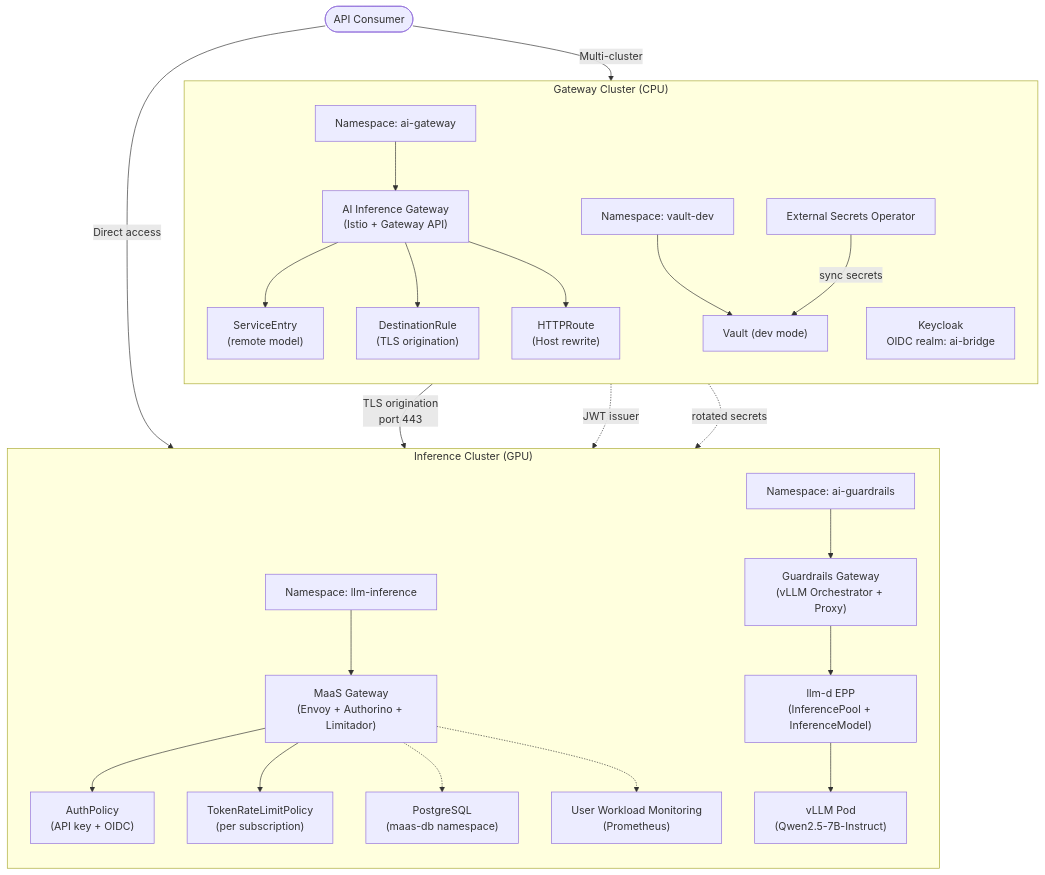
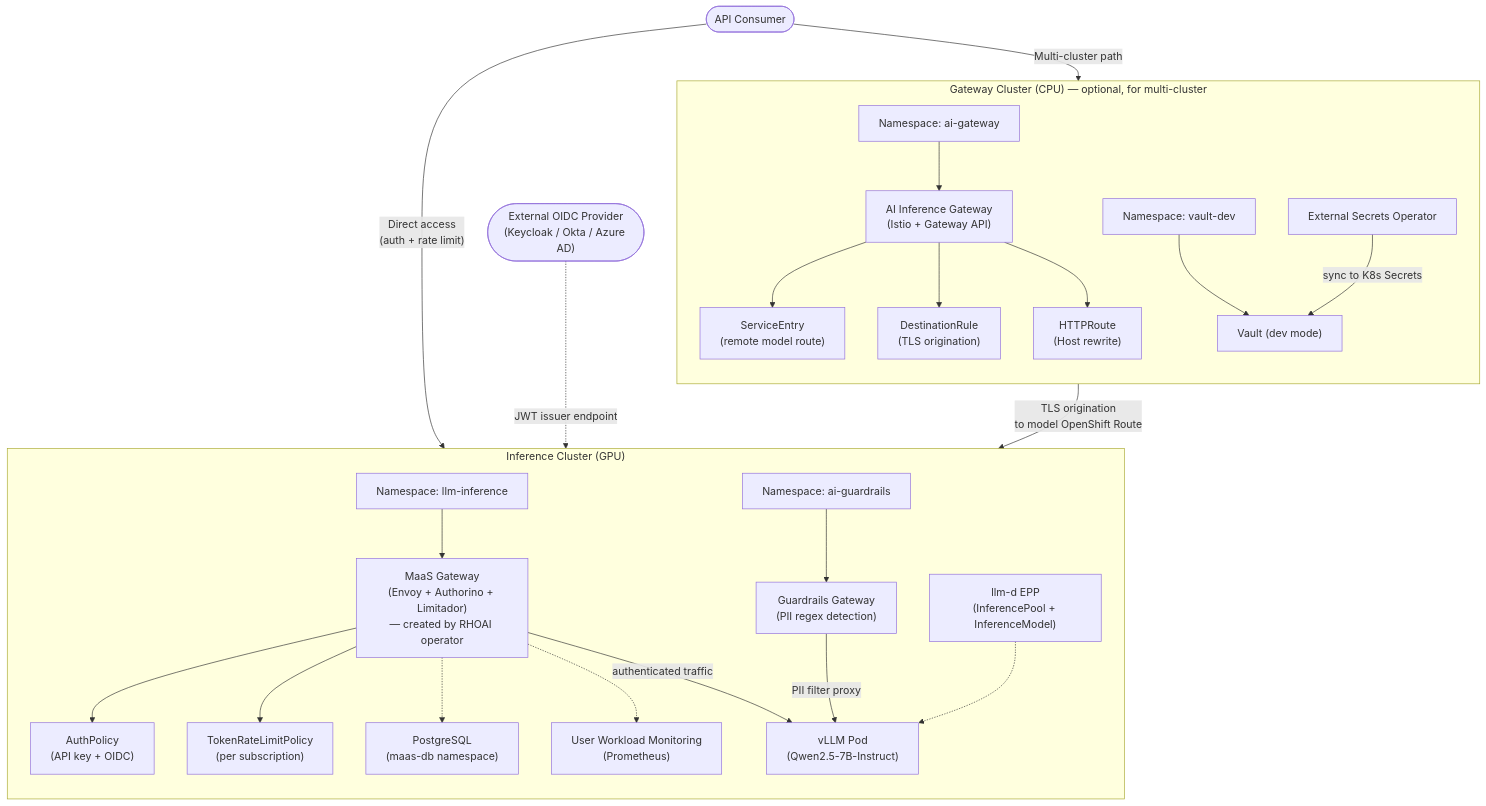
One commit to rrbanda/maas-demo changed the first of 2 diagrams in docs/architecture.md. Above: the diagram before and after it, drawn with Mermaid. The commit also changed other lines of this file and 3 other files, not shown here.

````diff
--- a/docs/architecture.md
+++ b/docs/architecture.md
@@ -13,51 +13,52 @@
 ```mermaid
 flowchart TB
-    subgraph GWCluster["Gateway Cluster (CPU)"]
+    subgraph GWCluster["Gateway Cluster (CPU) — optional, for multi-cluster"]
         direction TB
         NS1["Namespace: ai-gateway"]
         AIGw["AI Inference Gateway<br/>(Istio + Gateway API)"]
-        SE["ServiceEntry<br/>(remote model)"]
+        SE["ServiceEntry<br/>(remote model route)"]
         DR["DestinationRule<br/>(TLS origination)"]
         HR["HTTPRoute<br/>(Host rewrite)"]
-        KC["Keycloak<br/>OIDC realm: ai-bridge"]
         VaultNS["Namespace: vault-dev"]
         VaultPod["Vault (dev mode)"]
         ESO["External Secrets Operator"]
 
         NS1 --> AIGw
         AIGw --> SE
         AIGw --> DR
         AIGw --> HR
         VaultNS --> VaultPod
-        ESO -->|"sync secrets"| VaultPod
+        ESO -->|"sync to K8s Secrets"| VaultPod
     end
 
     subgraph InfCluster["Inference Cluster (GPU)"]
         direction TB
         NS2["Namespace: llm-inference"]
-        MaaS["MaaS Gateway<br/>(Envoy + Authorino + Limitador)"]
+        MaaS["MaaS Gateway<br/>(Envoy + Authorino + Limitador)<br/>— created by RHOAI operator"]
         AuthP["AuthPolicy<br/>(API key + OIDC)"]
         RLP["TokenRateLimitPolicy<br/>(per subscription)"]
         NS3["Namespace: ai-guardrails"]
-        Guard["Guardrails Gateway<br/>(vLLM Orchestrator + Proxy)"]
+        Guard["Guardrails Gateway<br/>(PII regex detection)"]
         EPP["llm-d EPP<br/>(InferencePool + InferenceModel)"]
         Model["vLLM Pod<br/>(Qwen2.5-7B-Instruct)"]
         PG["PostgreSQL<br/>(maas-db namespace)"]
         Mon["User Workload Monitoring<br/>(Prometheus)"]
 
         NS2 --> MaaS
         MaaS --> AuthP
         MaaS --> RLP
         NS3 --> Guard
-        Guard --> EPP
-        EPP --> Model
+        EPP -.-> Model
         MaaS -.-> PG
         MaaS -.-> Mon
     end
 
-    Client(["API Consumer"]) -->|"Direct access"| MaaS
-    Client -->|"Multi-cluster"| AIGw
-    AIGw -->|"TLS origination<br/>port 443"| MaaS
-    KC -.->|"JWT issuer"| AuthP
-    ESO -.->|"rotated secrets"| PG
+    ExtIdP(["External OIDC Provider<br/>(Keycloak / Okta / Azure AD)"])
+
+    Client(["API Consumer"]) -->|"Direct access<br/>(auth + rate limit)"| MaaS
+    Client -->|"Multi-cluster path"| AIGw
+    AIGw -->|"TLS origination<br/>to model OpenShift Route"| Model
+    MaaS -->|"authenticated traffic"| Model
+    Guard -->|"PII filter proxy"| Model
+    ExtIdP -.->|"JWT issuer endpoint"| AuthP
 ```
````
